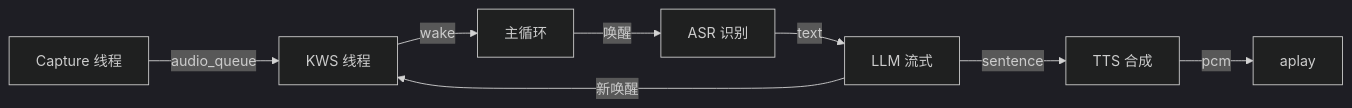
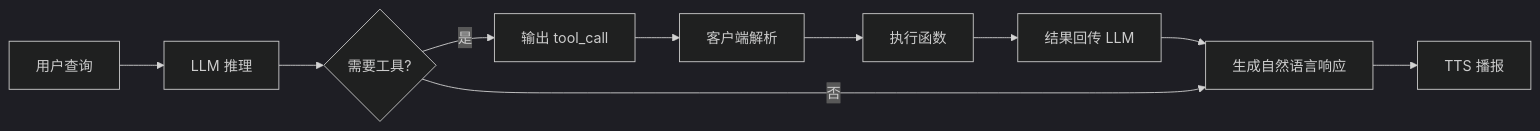
The diagram in courses/sheet1/speech_practice/_parts/experiment-5.md (aibittek/course_generate_agent), drawn with Mermaid (dark theme) before and after one commit. The commit also changed other lines of this file and 13 other files, not shown here.

````diff
--- a/courses/sheet1/speech_practice/_parts/experiment-5.md
+++ b/courses/sheet1/speech_practice/_parts/experiment-5.md
@@ -56,10 +55,12 @@
 ```mermaid
 graph LR
-    A[Capture 线程] -->|audio_queue| B[KWS 线程]
-    B -->|wake| C[主循环]
-    C -->|唤醒| D[ASR 识别]
-    D -->|text| E[LLM 流式]
-    E -->|sentence| F[TTS 合成]
-    F -->|pcm| G[aplay]
-    E -->|新唤醒| B
+    A[用户查询] --> B[LLM 推理]
+    B --> C{需要工具?}
+    C -->|是| D[输出 tool_call]
+    D --> E[客户端解析]
+    E --> F[执行函数]
+    F --> G[结果回传 LLM]
+    G --> H[生成自然语言响应]
+    H --> I[TTS 播报]
+    C -->|否| H
 ```
````
